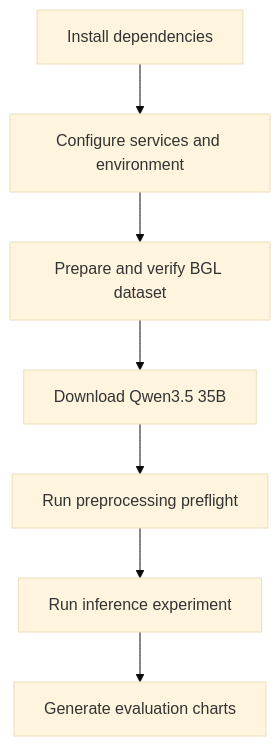
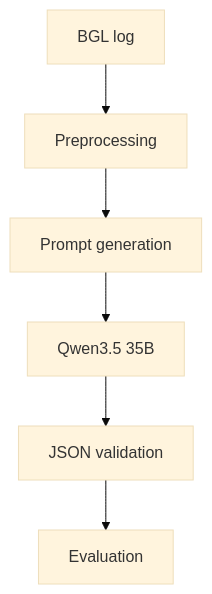
The second of 4 diagrams in README.md (masoudd2159/LLMLogAnalyzer), drawn with Mermaid (base theme) before and after one commit. The commit also changed other lines of this file, not shown here.

````diff
--- a/README.md
+++ b/README.md
@@ -207,9 +47,8 @@
 ```mermaid
 flowchart TD
-    A[Install dependencies] --> B[Configure services and environment]
-    B --> C[Prepare and verify BGL dataset]
-    C --> D[Download Qwen3.5 35B]
-    D --> E[Run preprocessing preflight]
-    E --> F[Run inference experiment]
-    F --> G[Generate evaluation charts]
+    A[BGL log] --> B[Preprocessing]
+    B --> C[Prompt generation]
+    C --> D[Qwen3.5 35B]
+    D --> E[JSON validation]
+    E --> F[Evaluation]
 ```
````
